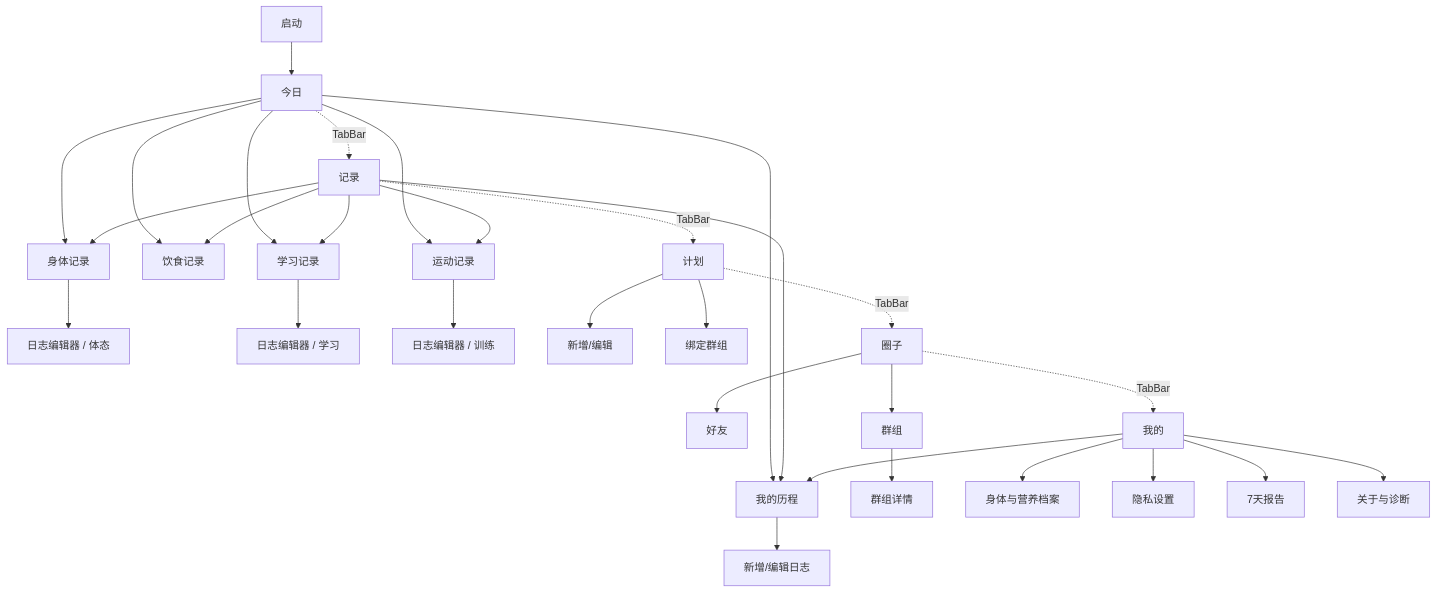
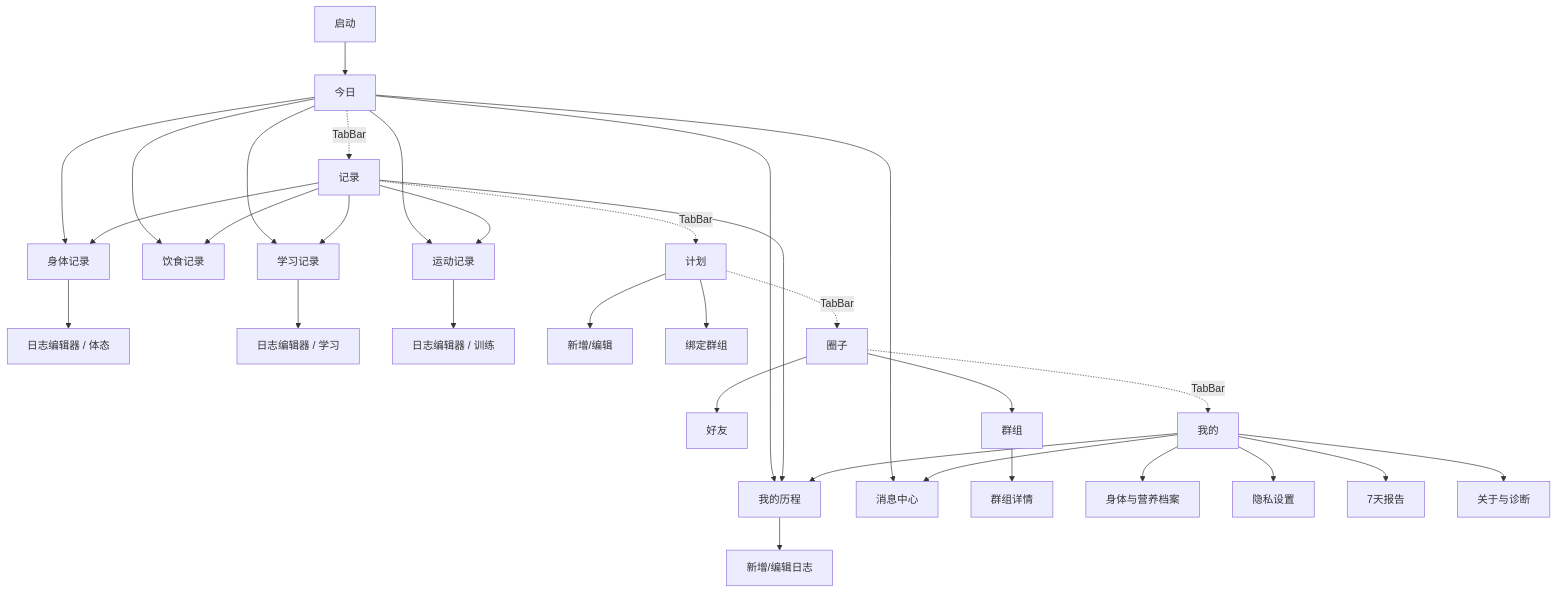
Before and after one commit to duohekaishui1127/zilv: the diagram in docs/NAVIGATION.md, drawn with Mermaid. The commit also changed other lines of this file and 49 other files, not shown here.

````diff
--- a/docs/NAVIGATION.md
+++ b/docs/NAVIGATION.md
@@ -3,38 +3,40 @@
 ```mermaid
 flowchart TD
     A[启动] --> T[今日]
     T --> B[身体记录]
     T --> F[饮食记录]
     T --> W[运动记录]
     T --> S[学习记录]
     T --> N[我的历程]
+    T --> NT[消息中心]
 
     R[记录] --> N
     R --> B
     R --> F
     R --> W
     R --> S
 
     B --> NE[日志编辑器 / 体态]
     S --> NE2[日志编辑器 / 学习]
     W --> NE3[日志编辑器 / 训练]
     N --> NE4[新增/编辑日志]
 
     P[计划] --> PE[新增/编辑]
     P --> PB[绑定群组]
 
     C[圈子] --> CF[好友]
     C --> CG[群组]
     CG --> GD[群组详情]
 
     M[我的] --> MP[身体与营养档案]
     M --> PR[隐私设置]
     M --> N
     M --> WR[7天报告]
+    M --> NT
     M --> AB[关于与诊断]
 
     T -.TabBar.-> R
     R -.TabBar.-> P
     P -.TabBar.-> C
     C -.TabBar.-> M
 ```
````
